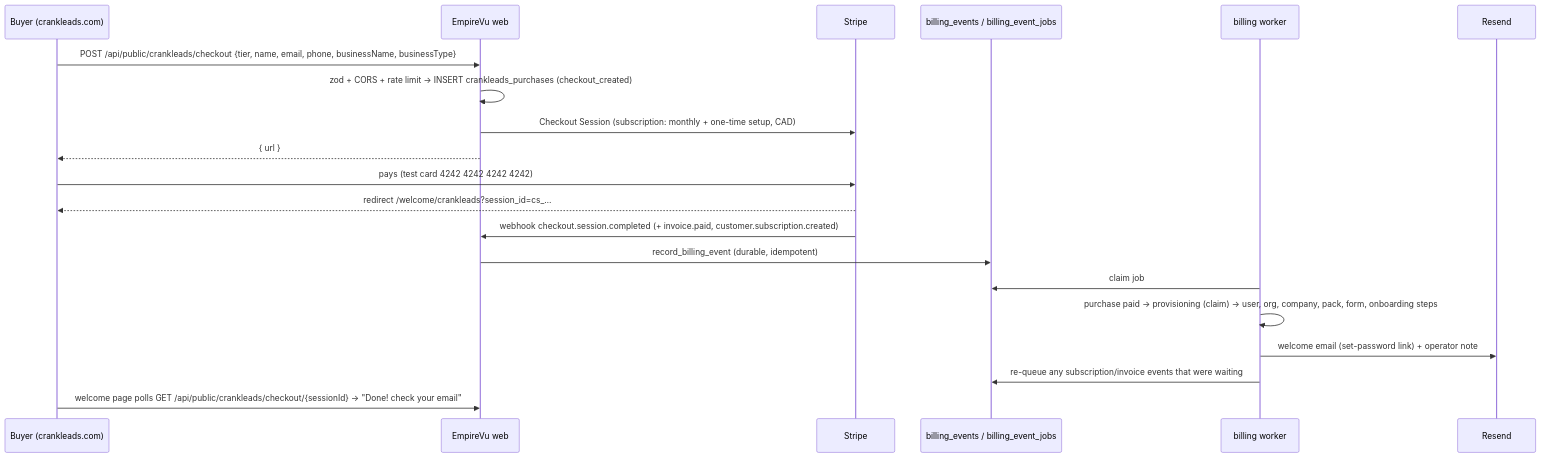
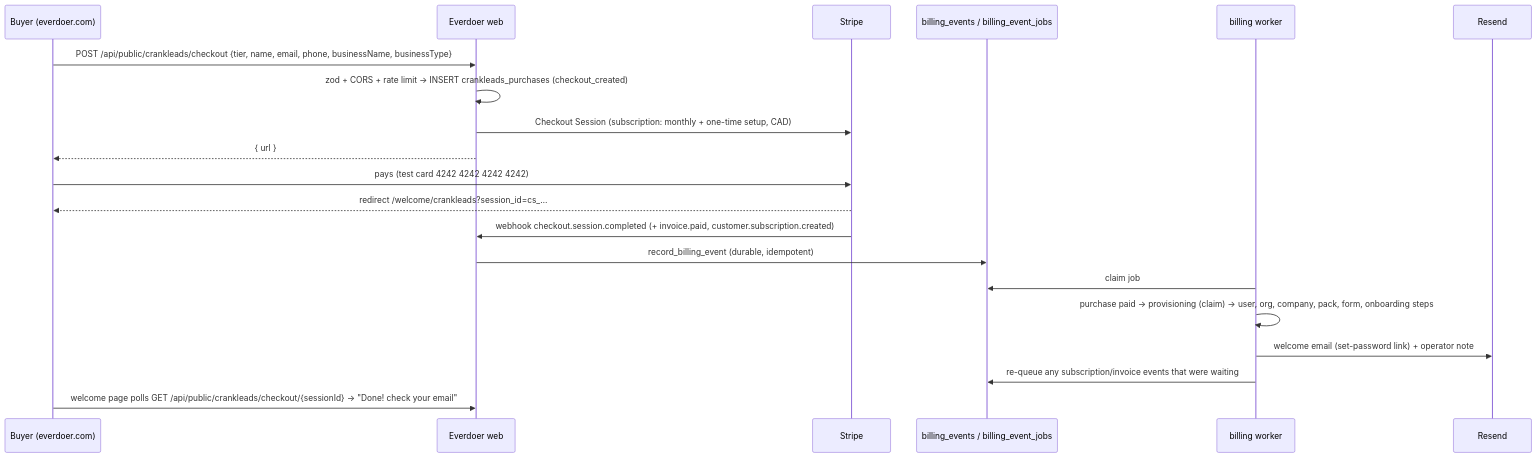
Before and after one commit to marcuslebars/EmpireVu: the diagram in docs/done-for-you-purchase.md, drawn with Mermaid. The commit also changed other lines of this file, not shown here.

First line of the commit message:
Docs: done-for-you-purchase.md says Everdoer / done-for-you

````diff
--- a/docs/done-for-you-purchase.md
+++ b/docs/done-for-you-purchase.md
@@ -28,22 +28,22 @@
 ```mermaid
 sequenceDiagram
-  participant B as Buyer (crankleads.com)
-  participant W as EmpireVu web
+  participant B as Buyer (everdoer.com)
+  participant W as Everdoer web
   participant S as Stripe
   participant Q as billing_events / billing_event_jobs
   participant BW as billing worker
   participant E as Resend
   B->>W: POST /api/public/crankleads/checkout {tier, name, email, phone, businessName, businessType}
   W->>W: zod + CORS + rate limit → INSERT crankleads_purchases (checkout_created)
   W->>S: Checkout Session (subscription: monthly + one-time setup, CAD)
   W-->>B: { url }
   B->>S: pays (test card 4242 4242 4242 4242)
   S-->>B: redirect /welcome/crankleads?session_id=cs_…
   S->>W: webhook checkout.session.completed (+ invoice.paid, customer.subscription.created)
   W->>Q: record_billing_event (durable, idempotent)
   BW->>Q: claim job
   BW->>BW: purchase paid → provisioning (claim) → user, org, company, pack, form, onboarding steps
   BW->>E: welcome email (set-password link) + operator note
   BW->>Q: re-queue any subscription/invoice events that were waiting
   B->>W: welcome page polls GET /api/public/crankleads/checkout/{sessionId} → "Done! check your email"
 ```
````
